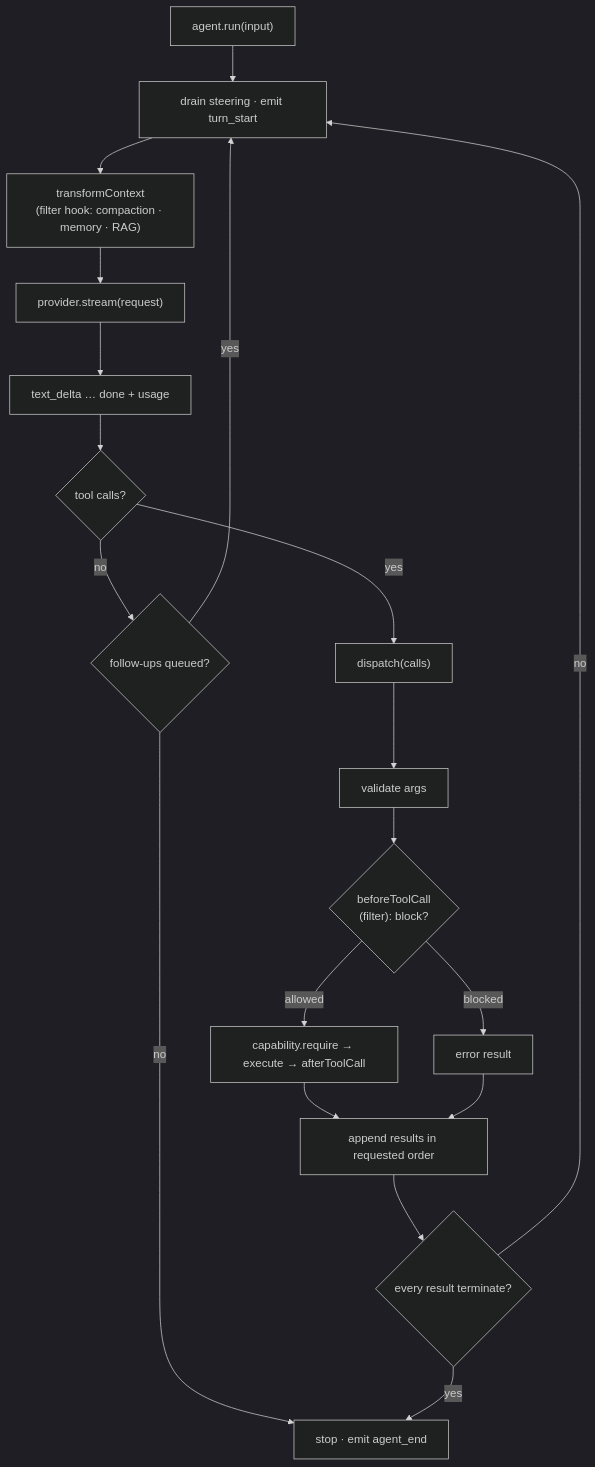
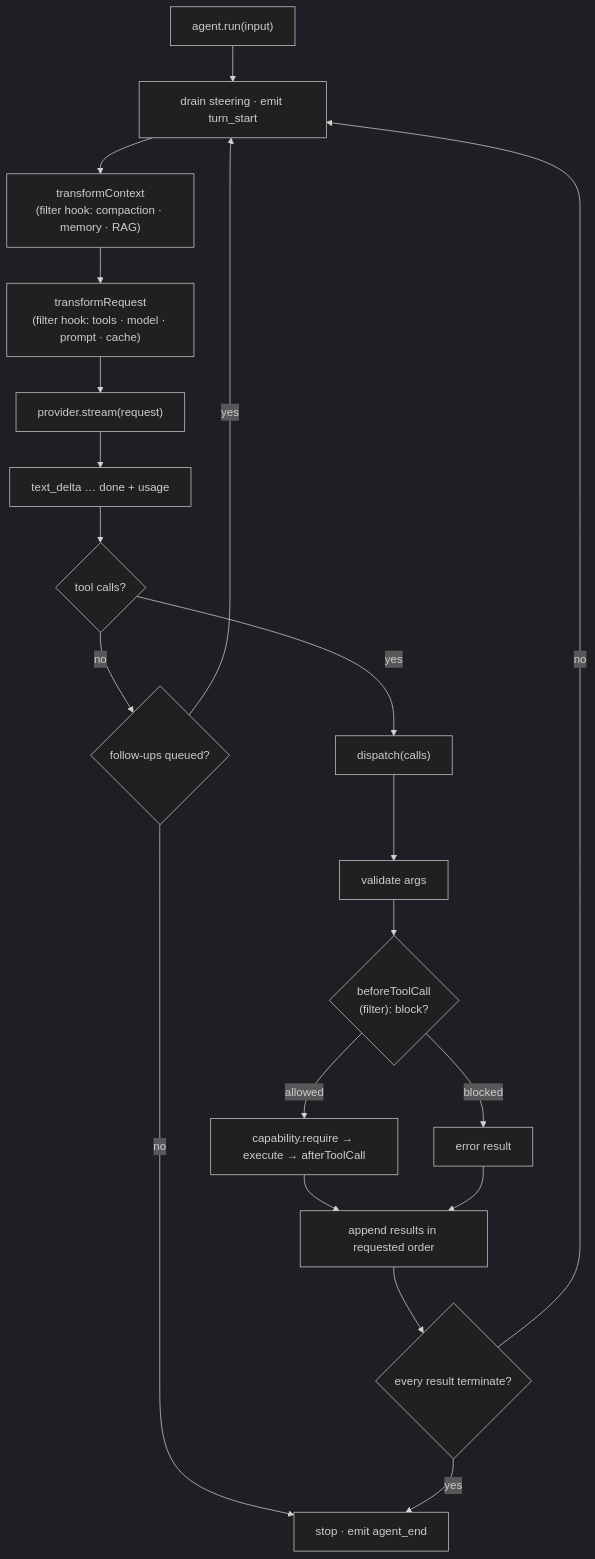
One commit to caohaotiantian/EAgent changed the second of 5 diagrams in README.md. Above: the diagram before and after it, drawn with Mermaid (dark theme). The commit also changed other lines of this file and 5 other files, not shown here.

First line of the commit message:
docs(transform-request): close Wave 2 — reconcile filter-hook docs (three->four), closure blocks

````diff
--- a/README.md
+++ b/README.md
@@ -104,21 +104,22 @@
 ```mermaid
 flowchart TD
     A["agent.run(input)"] --> B["drain steering · emit turn_start"]
     B --> C["transformContext<br/>(filter hook: compaction · memory · RAG)"]
-    C --> D["provider.stream(request)"]
+    C --> C2["transformRequest<br/>(filter hook: tools · model · prompt · cache)"]
+    C2 --> D["provider.stream(request)"]
     D --> E["text_delta … done + usage"]
     E --> F{"tool calls?"}
     F -->|no| G{"follow-ups queued?"}
     G -->|yes| B
     G -->|no| Z["stop · emit agent_end"]
     F -->|yes| H["dispatch(calls)"]
     H --> I["validate args"]
     I --> J{"beforeToolCall<br/>(filter): block?"}
     J -->|blocked| M["error result"]
     J -->|allowed| K["capability.require → execute → afterToolCall"]
     K --> N["append results in requested order"]
     M --> N
     N --> O{"every result terminate?"}
     O -->|yes| Z
     O -->|no| B
 ```
````
